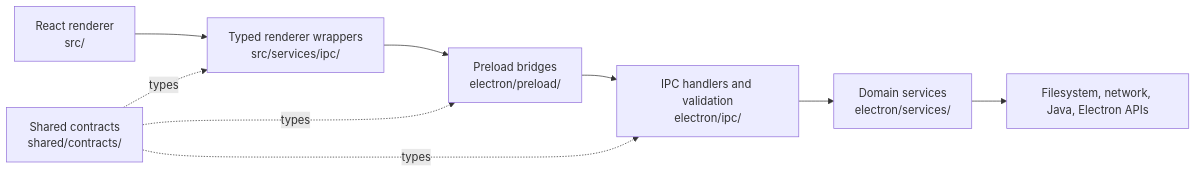
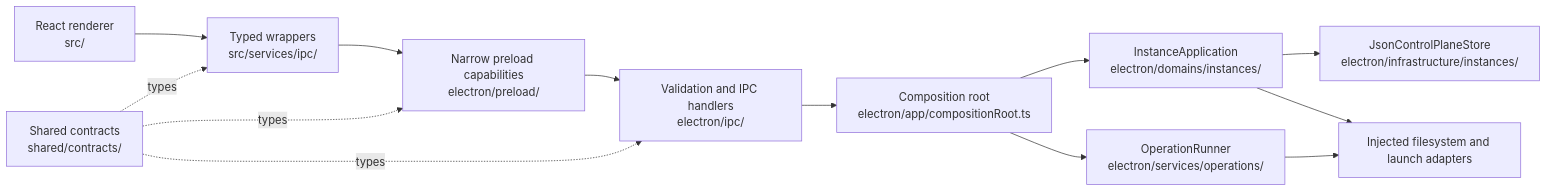
One commit to malyarq/fmcl changed the diagram in docs/en/architecture.md. Above: the diagram before and after it, drawn with Mermaid. The commit also changed other lines of this file and 294 other files, not shown here.

````diff
--- a/docs/en/architecture.md
+++ b/docs/en/architecture.md
@@ -5,11 +5,15 @@
 ```mermaid
 flowchart LR
-  UI["React renderer\nsrc/"] --> W["Typed renderer wrappers\nsrc/services/ipc/"]
-  W --> P["Preload bridges\nelectron/preload/"]
-  P --> I["IPC handlers and validation\nelectron/ipc/"]
-  I --> S["Domain services\nelectron/services/"]
-  S --> OS["Filesystem, network, Java, Electron APIs"]
-  C["Shared contracts\nshared/contracts/"] -. types .-> W
-  C -. types .-> P
-  C -. types .-> I
+  UI["React renderer\nsrc/"] --> W["Typed wrappers\nsrc/services/ipc/"]
+  W --> P["Narrow preload capabilities\nelectron/preload/"]
+  P --> I["Validation and IPC handlers\nelectron/ipc/"]
+  I --> C["Composition root\nelectron/app/compositionRoot.ts"]
+  C --> A["InstanceApplication\nelectron/domains/instances/"]
+  C --> O["OperationRunner\nelectron/services/operations/"]
+  A --> CP["JsonControlPlaneStore\nelectron/infrastructure/instances/"]
+  A --> AD["Injected filesystem and launch adapters"]
+  O --> AD
+  SC["Shared contracts\nshared/contracts/"] -. types .-> W
+  SC -. types .-> P
+  SC -. types .-> I
 ```
````
